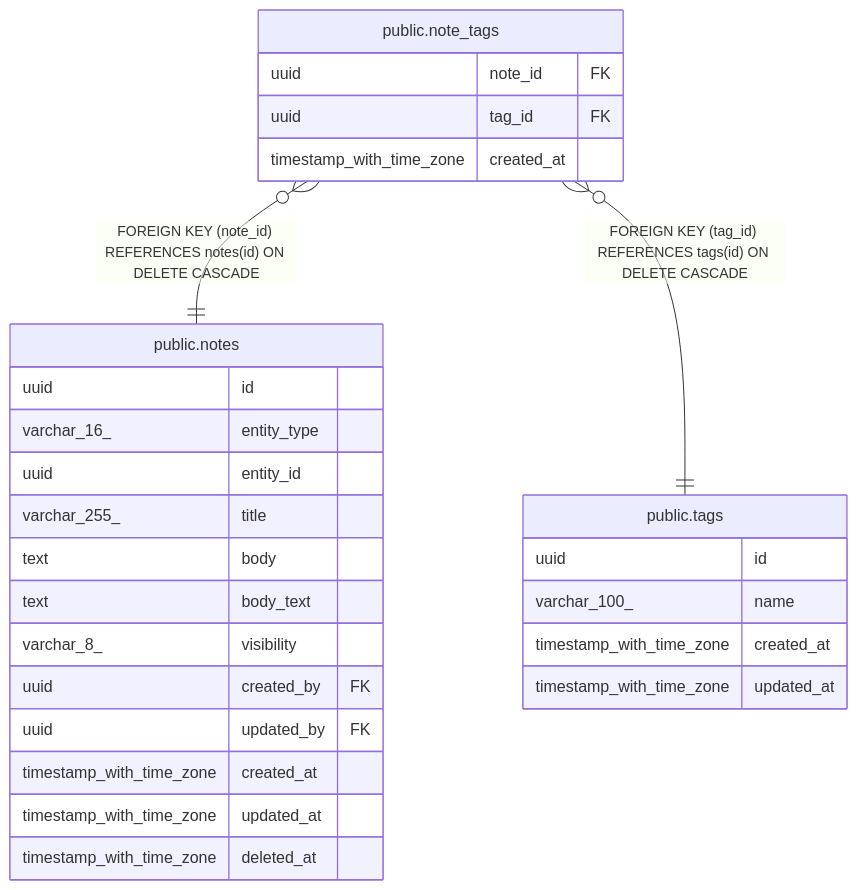
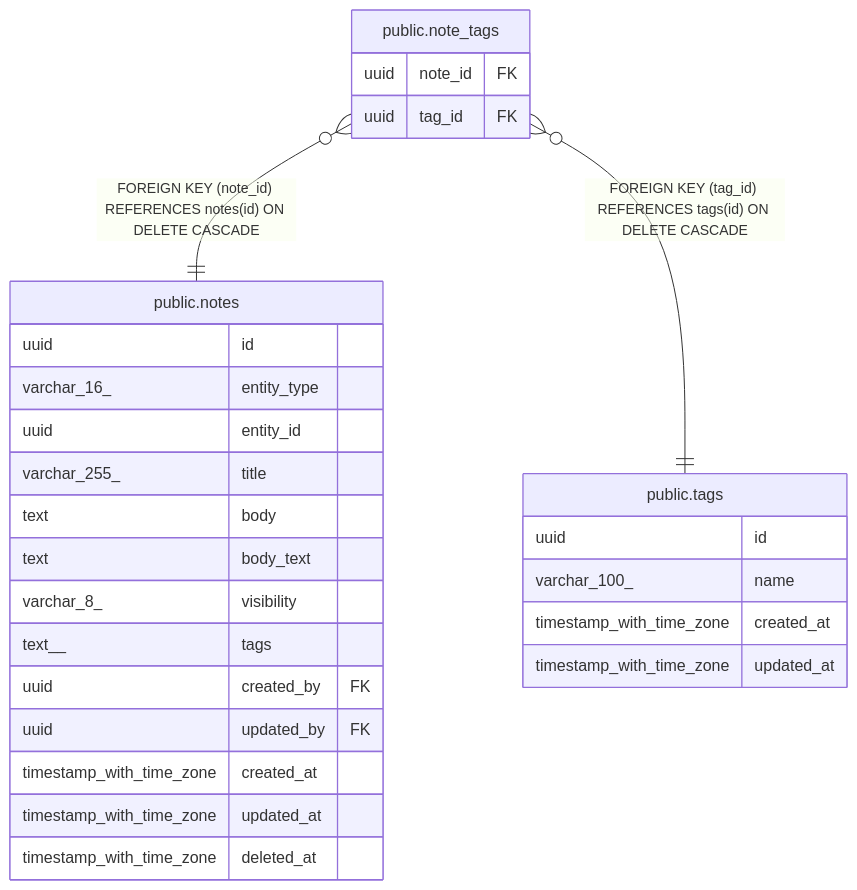
Before and after one commit to rkseattle/minicrm: the diagram in docs/schema/public.note_tags.md, drawn with Mermaid. The commit also changed other lines of this file and 72 other files, not shown here.

````diff
--- a/docs/schema/public.note_tags.md
+++ b/docs/schema/public.note_tags.md
@@ -28,32 +27,32 @@
 ```mermaid
 erDiagram
 
 "public.note_tags" }o--|| "public.notes" : "FOREIGN KEY (note_id) REFERENCES notes(id) ON DELETE CASCADE"
 "public.note_tags" }o--|| "public.tags" : "FOREIGN KEY (tag_id) REFERENCES tags(id) ON DELETE CASCADE"
 
 "public.note_tags" {
   uuid note_id FK ""
   uuid tag_id FK ""
-  timestamp_with_time_zone created_at ""
 }
 "public.notes" {
   uuid id ""
   varchar_16_ entity_type ""
   uuid entity_id ""
   varchar_255_ title ""
   text body ""
   text body_text ""
   varchar_8_ visibility ""
+  text__ tags ""
   uuid created_by FK ""
   uuid updated_by FK ""
   timestamp_with_time_zone created_at ""
   timestamp_with_time_zone updated_at ""
   timestamp_with_time_zone deleted_at ""
 }
 "public.tags" {
   uuid id ""
   varchar_100_ name ""
   timestamp_with_time_zone created_at ""
   timestamp_with_time_zone updated_at ""
 }
 ```
````
